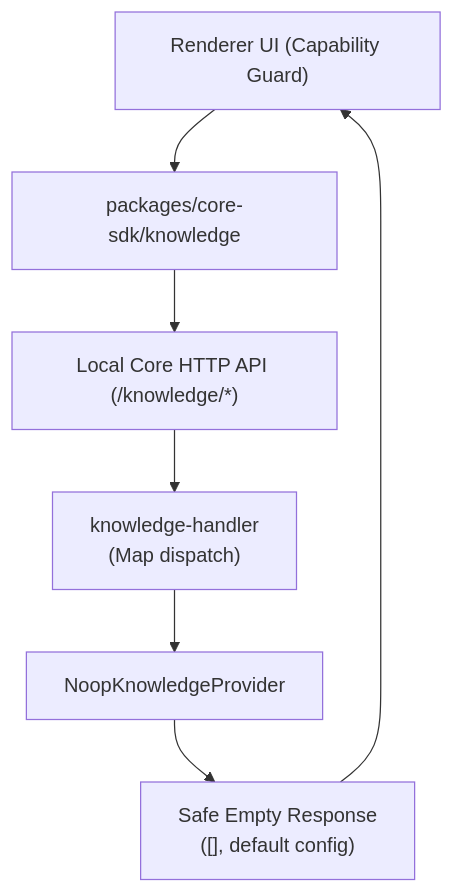
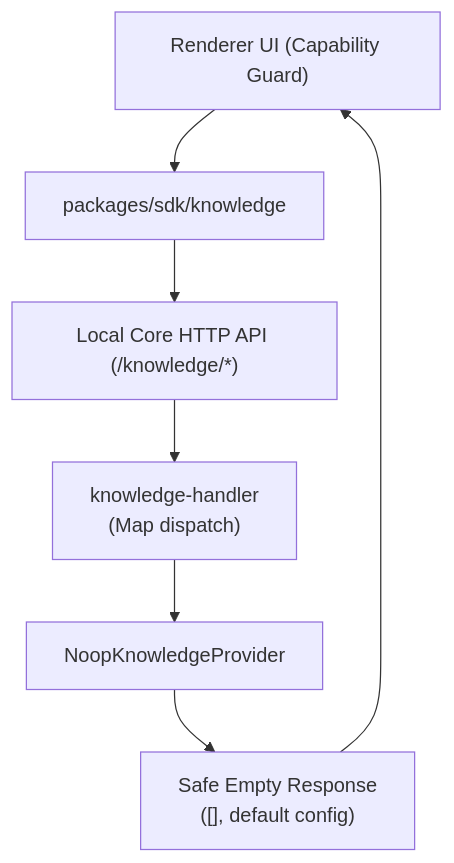
The diagram in docs/architecture/knowledge-runtime.md (helloimcx/agentdock), drawn with Mermaid before and after one commit. The commit also changed 8 other files, not shown here.

````diff
--- a/docs/architecture/knowledge-runtime.md
+++ b/docs/architecture/knowledge-runtime.md
@@ -15,9 +15,9 @@
 ```mermaid
 flowchart TD
-  Renderer["Renderer UI (Capability Guard)"] --> Client["packages/core-sdk/knowledge"]
+  Renderer["Renderer UI (Capability Guard)"] --> Client["packages/sdk/knowledge"]
   Client --> Server["Local Core HTTP API (/knowledge/*)"]
   Server --> KnowledgeHandler["knowledge-handler<br/>(Map dispatch)"]
   KnowledgeHandler --> Provider["NoopKnowledgeProvider"]
   Provider --> Response["Safe Empty Response<br/>([], default config)"]
   Response --> Renderer
 ```
````
